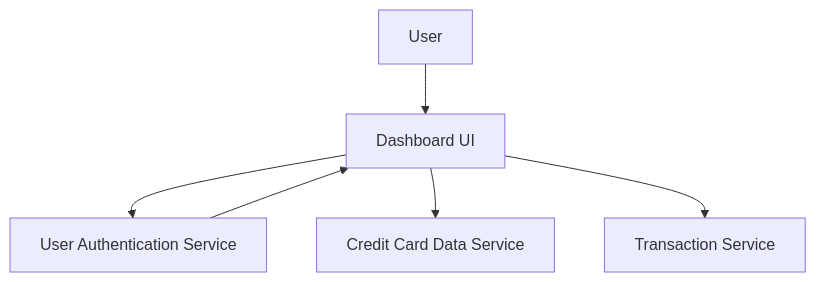
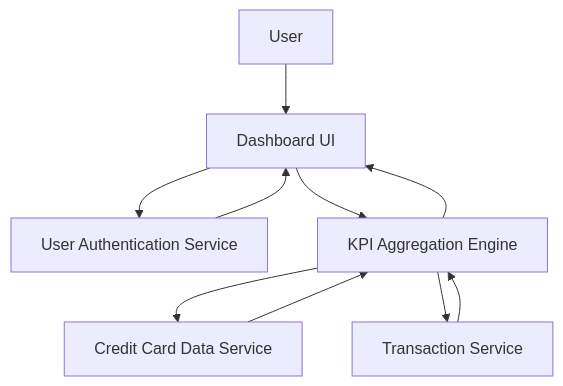
One commit to AAVA-Demo/APB_Demo changed the diagram in HLD/QE-7714_HLD.md. Above: the diagram before and after it, drawn with Mermaid. The commit also changed other lines of this file and 5 other files, not shown here.

````diff
--- a/HLD/QE-7714_HLD.md
+++ b/HLD/QE-7714_HLD.md
@@ -7,13 +7,18 @@
 ```mermaid
 flowchart TD
     A["User"]
     B["Dashboard UI"]
-    C["Credit Card Data Service"]
-    D["Transaction Service"]
-    E["User Authentication Service"]
+    C["User Authentication Service"]
+    D["Credit Card Data Service"]
+    E["Transaction Service"]
+    F["KPI Aggregation Engine"]
     A --> B
-    B --> E
-    E --> B
     B --> C
-    B --> D
+    C --> B
+    B --> F
+    F --> D
+    F --> E
+    D --> F
+    E --> F
+    F --> B
 ```
````
